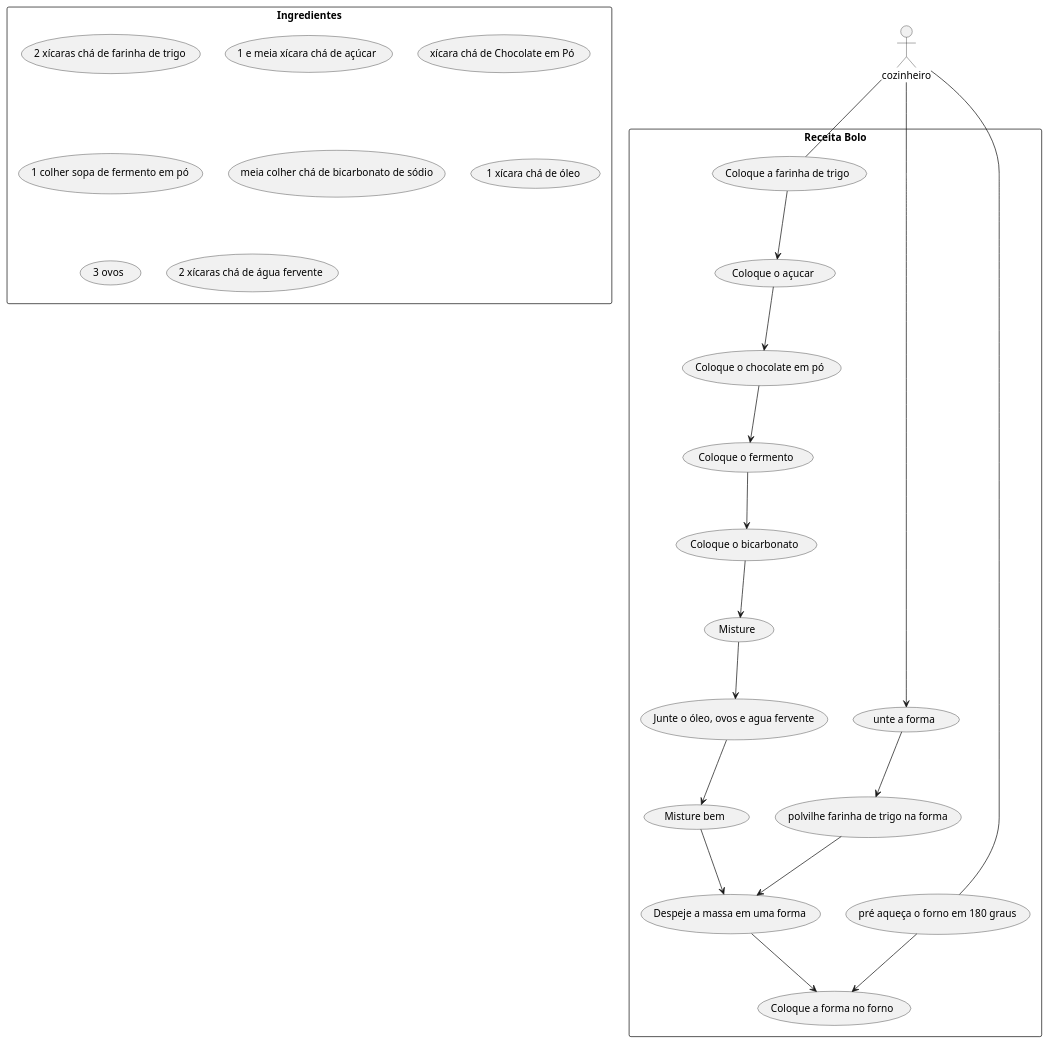
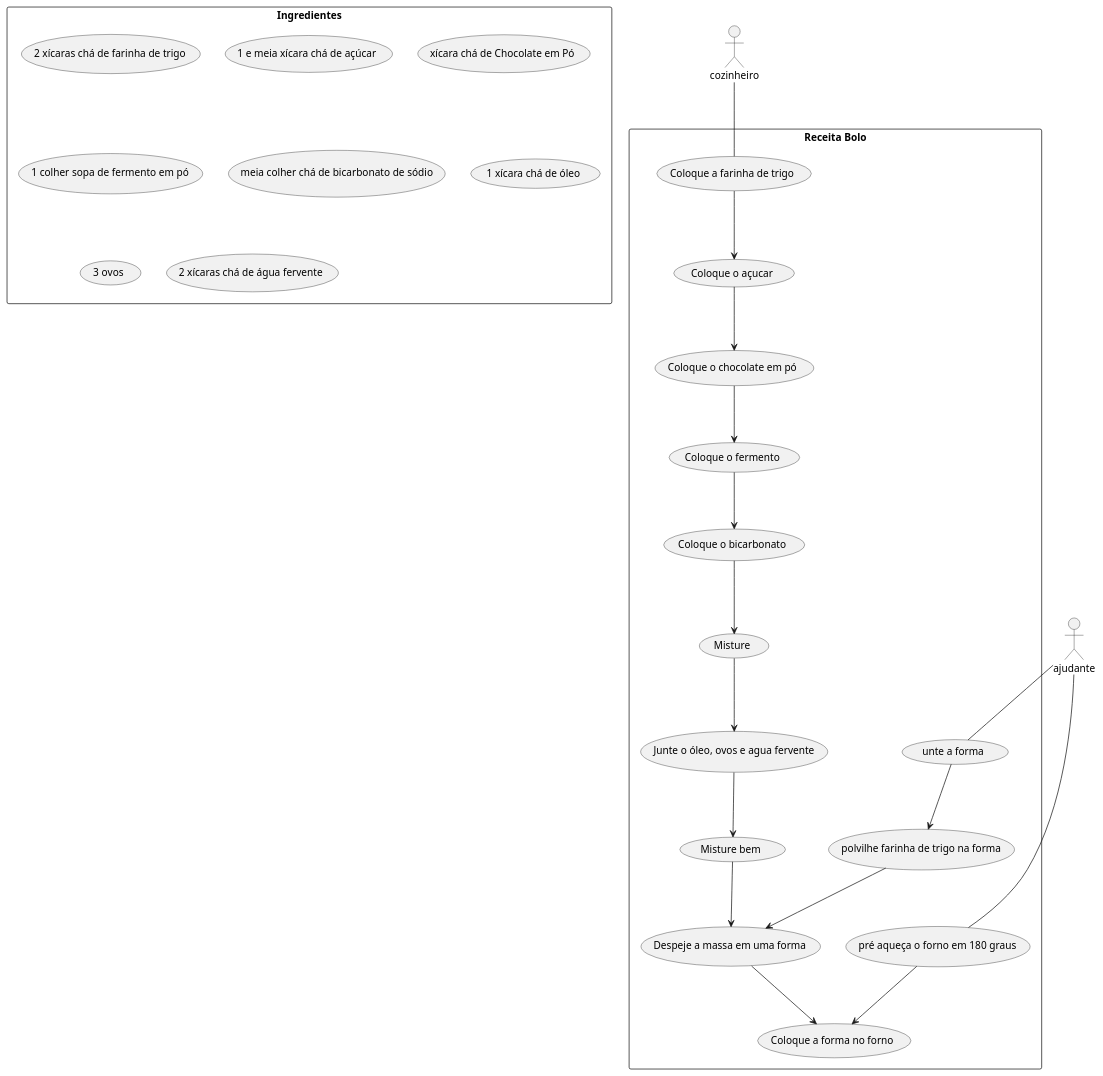
Before and after one commit to amfabian/ifrs-ssi: the diagram in ES3/receitaBolo.puml, drawn with PlantUML. The commit also changed 3 other files, not shown here.

```diff
--- a/ES3/receitaBolo.puml
+++ b/ES3/receitaBolo.puml
@@ -1,50 +1,53 @@
 @startuml "Receita Bolo Chocolate"
 
 
 
 actor cozinheiro
+actor ajudante
 
 
 rectangle "Receita Bolo"{
     cozinheiro -- (Coloque a farinha de trigo) : " "
     (Coloque a farinha de trigo) --> (Coloque o açucar) : " "
 
     (Coloque o açucar) --> (Coloque o chocolate em pó) : " "
 
     (Coloque o chocolate em pó) --> (Coloque o fermento) : " "
     (Coloque o fermento) --> (Coloque o bicarbonato) : " "
     (Coloque o bicarbonato) --> (Misture) : " "
     (Misture) --> (Junte o óleo, ovos e agua fervente) : " "
     (Junte o óleo, ovos e agua fervente) --> (Misture bem) : " "
     (Misture bem) --> (Despeje a massa em uma forma) : " "
 
-    cozinheiro --> (unte a forma) : " "
+    ajudante -- (unte a forma) : " "
     (unte a forma) --> (polvilhe farinha de trigo na forma) : " "
     (polvilhe farinha de trigo na forma) --> (Despeje a massa em uma forma) : " "
 
-    cozinheiro -- (pré aqueça o forno em 180 graus) : " "
+    ajudante -- (pré aqueça o forno em 180 graus) : " "
 
     (Despeje a massa em uma forma) --> (Coloque a forma no forno) : " "
     (pré aqueça o forno em 180 graus) --> (Coloque a forma no forno) : " "
 
     
         
 }
 
 
 rectangle "Ingredientes" {
-
+    
+    
     (2 xícaras chá de farinha de trigo)
     (1 e meia xícara chá de açúcar)
     (xícara chá de Chocolate em Pó)
     (1 colher sopa de fermento em pó)
     (meia colher chá de bicarbonato de sódio)
     (1 xícara chá de óleo)
     (3 ovos)
     (2 xícaras chá de água fervente)
+    
     }
 
-
+ 
 
 
 @enduml
```
